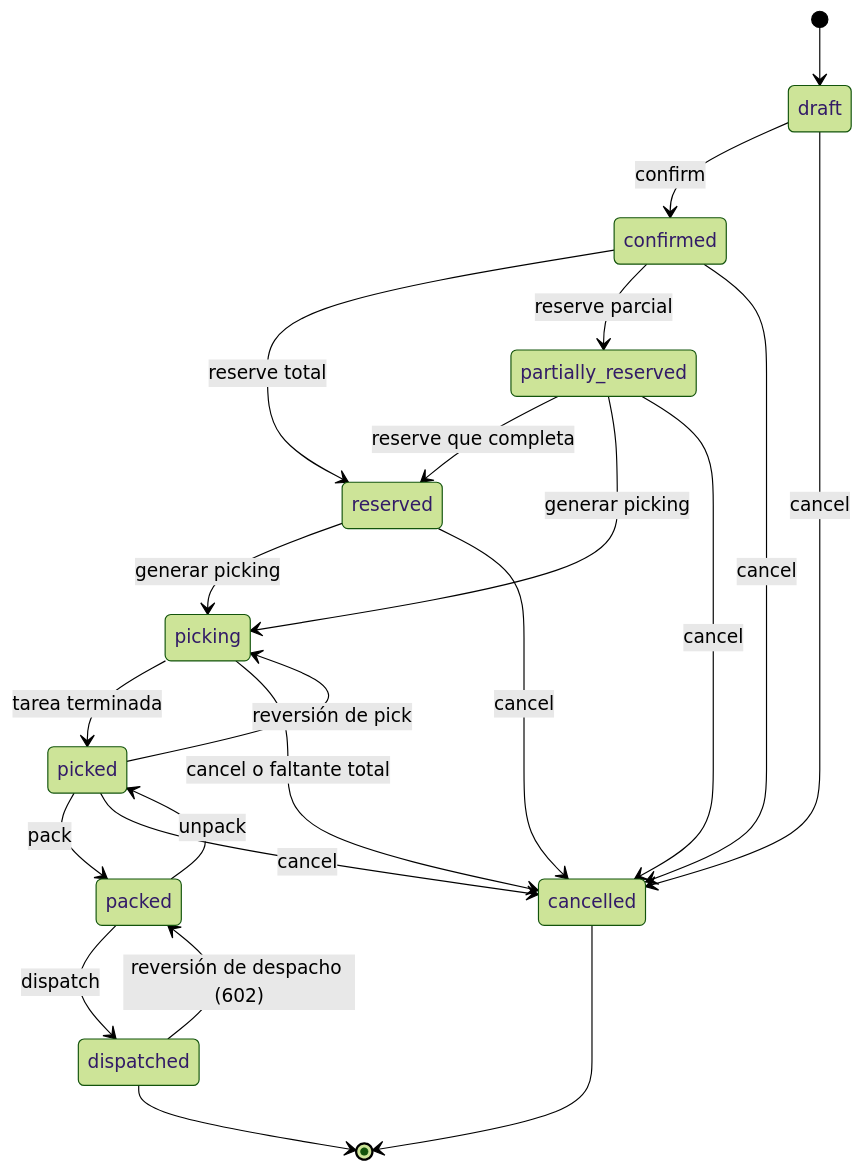
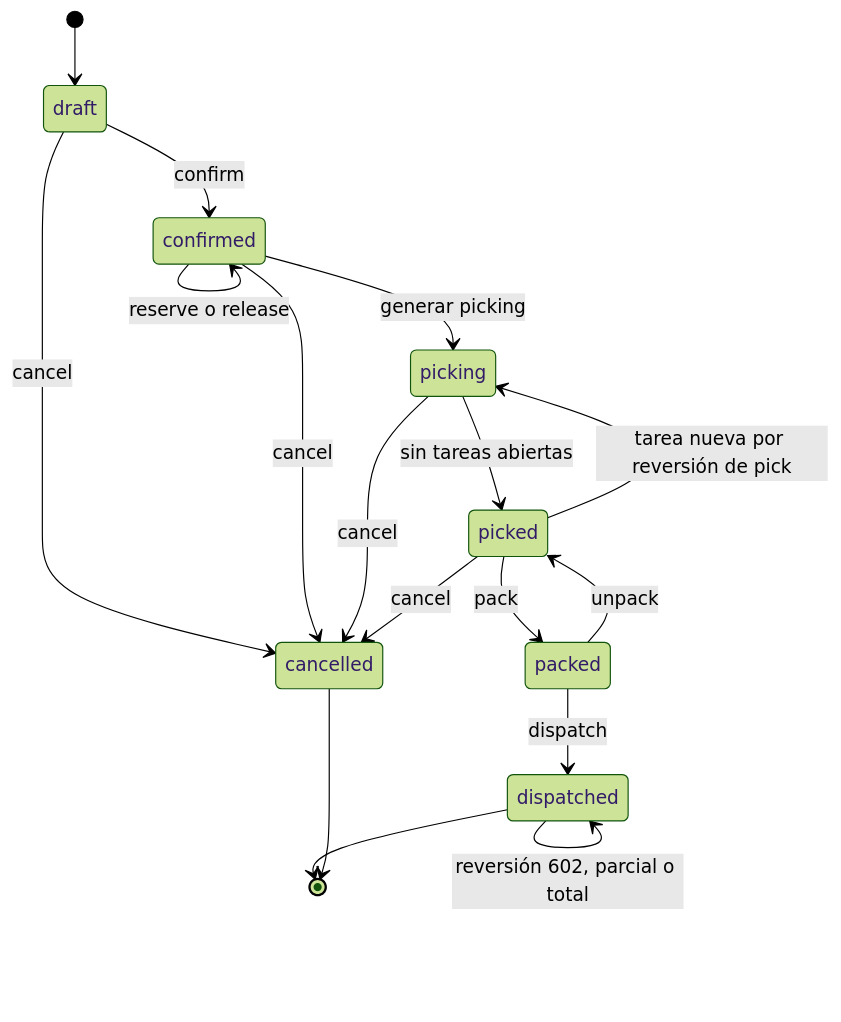
Before and after one commit to maruccimauro/Warehouse-Management-System: the fourth of 6 diagrams in docs/03-architecture/domain-model.md, drawn with Mermaid (forest theme). The commit also changed other lines of this file and 4 other files, not shown here.

````diff
--- a/docs/03-architecture/domain-model.md
+++ b/docs/03-architecture/domain-model.md
@@ -159,24 +165,19 @@
 ```mermaid
 stateDiagram-v2
   [*] --> draft
   draft --> confirmed: confirm
-  confirmed --> reserved: reserve total
-  confirmed --> partially_reserved: reserve parcial
-  partially_reserved --> reserved: reserve que completa
-  reserved --> picking: generar picking
-  partially_reserved --> picking: generar picking
-  picking --> picked: tarea terminada
+  confirmed --> confirmed: reserve o release
+  confirmed --> picking: generar picking
+  picking --> picked: sin tareas abiertas
+  picked --> picking: tarea nueva por reversión de pick
   picked --> packed: pack
+  packed --> picked: unpack
   packed --> dispatched: dispatch
+  dispatched --> dispatched: reversión 602, parcial o total
   draft --> cancelled: cancel
   confirmed --> cancelled: cancel
-  reserved --> cancelled: cancel
-  partially_reserved --> cancelled: cancel
-  picking --> cancelled: cancel o faltante total
+  picking --> cancelled: cancel
   picked --> cancelled: cancel
-  picked --> picking: reversión de pick
-  packed --> picked: unpack
-  dispatched --> packed: reversión de despacho (602)
   dispatched --> [*]
   cancelled --> [*]
 ```
````
